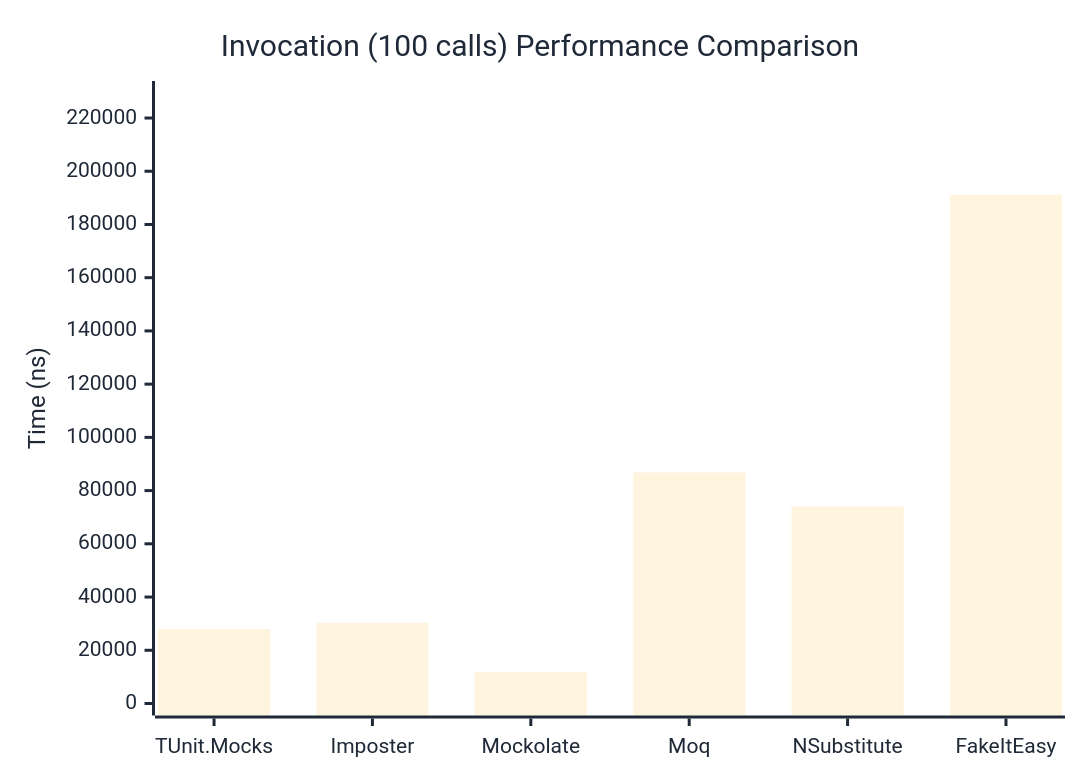
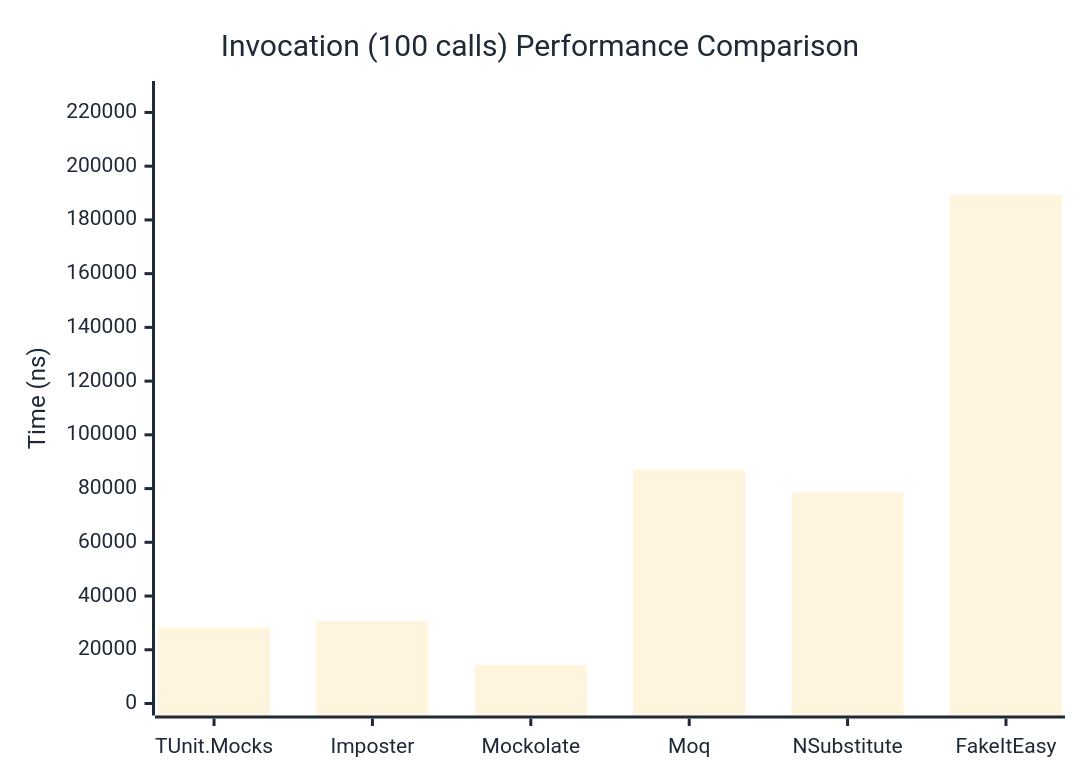
Before and after one commit to thomhurst/TUnit: the third of 3 diagrams in docs/docs/benchmarks/mocks/Invocation.md, drawn with Mermaid. The commit also changed other lines of this file and 14 other files, not shown here.

````diff
--- a/docs/docs/benchmarks/mocks/Invocation.md
+++ b/docs/docs/benchmarks/mocks/Invocation.md
@@ -112,27 +112,27 @@
 ```mermaid
 %%{init: {
   'theme':'base',
   'themeVariables': {
     'primaryColor': '#2563eb',
     'primaryTextColor': '#1f2937',
     'primaryBorderColor': '#1e40af',
     'lineColor': '#6b7280',
     'secondaryColor': '#7c3aed',
     'tertiaryColor': '#dc2626',
     'background': '#ffffff',
     'pie1': '#2563eb',
     'pie2': '#7c3aed',
     'pie3': '#dc2626',
     'pie4': '#f59e0b',
     'pie5': '#10b981',
     'pie6': '#06b6d4',
     'pie7': '#ec4899',
     'pie8': '#6366f1'
   }
 }}%%
 xychart-beta
   title "Invocation (100 calls) Performance Comparison"
   x-axis ["TUnit.Mocks", "Imposter", "Mockolate", "Moq", "NSubstitute", "FakeItEasy"]
-  y-axis "Time (ns)" 0 --> 229402
-  bar [28012.03, 30301.44, 11845.57, 86814.61, 74072.23, 191167.94]
+  y-axis "Time (ns)" 0 --> 227243
+  bar [28317.4, 30708.3, 14309.2, 87054.1, 78510.5, 189368.4]
 ```
````
